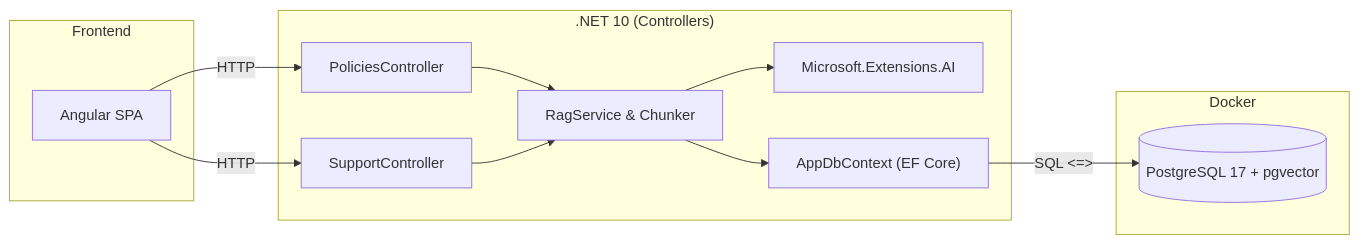
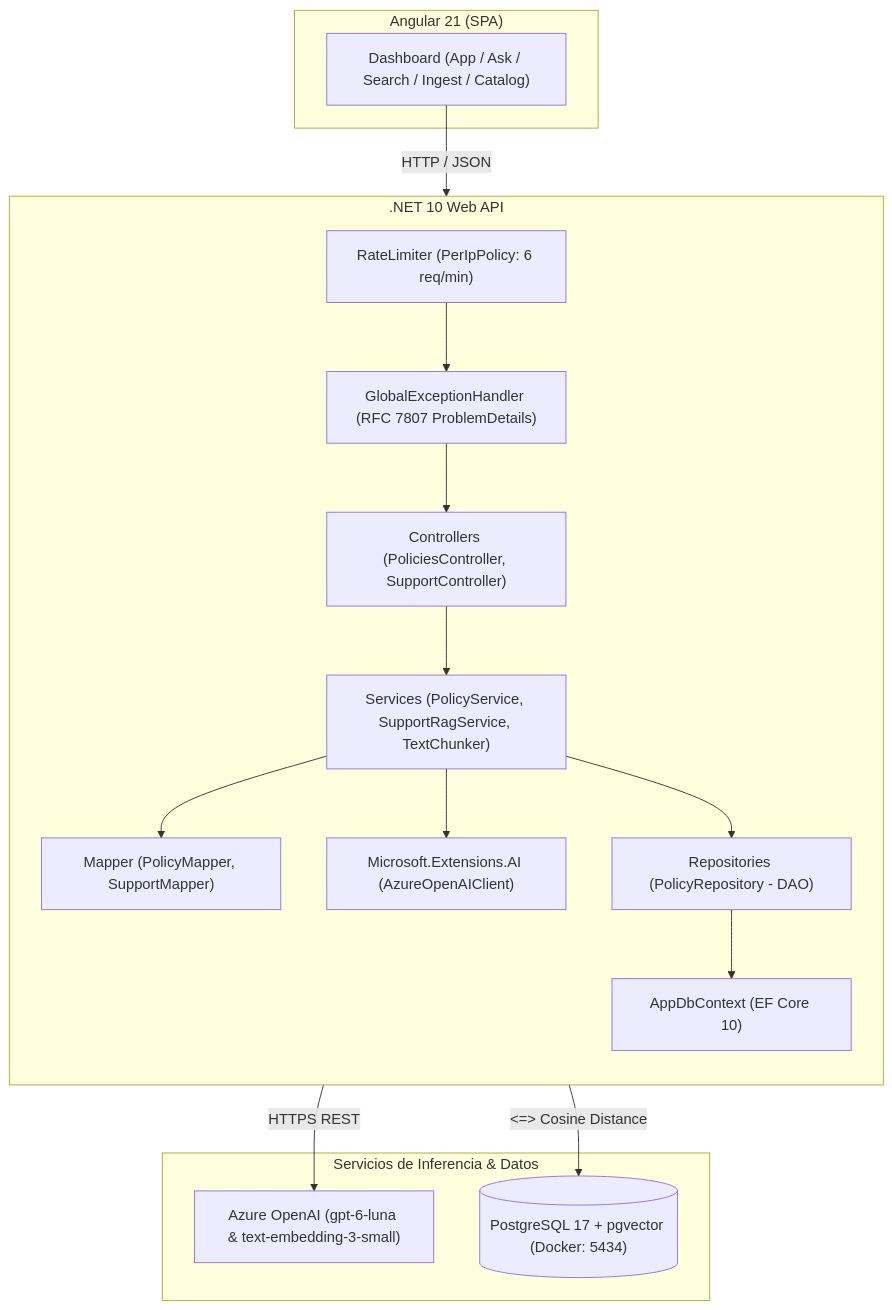
Before and after one commit to asbel05/smart-support-rag: the diagram in docs/SDD.md, drawn with Mermaid. The commit also changed other lines of this file, not shown here.

Commit message:
docs: update SDD with final architecture, resiliency patterns, and Angular 21 components

````diff
--- a/docs/SDD.md
+++ b/docs/SDD.md
@@ -42,26 +42,34 @@
 ```mermaid
-flowchart LR
-    subgraph Frontend
-        NG["Angular SPA"]
+flowchart TD
+    subgraph Frontend ["Angular 21 (SPA)"]
+        UI["Dashboard (App / Ask / Search / Ingest / Catalog)"]
     end
 
-    subgraph Backend [".NET 10 (Controllers)"]
-        PC["PoliciesController"]
-        SC["SupportController"]
-        SVC["RagService & Chunker"]
-        AI["Microsoft.Extensions.AI"]
-        DB["AppDbContext (EF Core)"]
+    subgraph Backend [".NET 10 Web API"]
+        direction TB
+        RL["RateLimiter (PerIpPolicy: 6 req/min)"]
+        EX["GlobalExceptionHandler (RFC 7807 ProblemDetails)"]
+        CTRL["Controllers (PoliciesController, SupportController)"]
+        SVC["Services (PolicyService, SupportRagService, TextChunker)"]
+        MAP["Mapper (PolicyMapper, SupportMapper)"]
+        REPO["Repositories (PolicyRepository - DAO)"]
+        AI["Microsoft.Extensions.AI (AzureOpenAIClient)"]
+        DB["AppDbContext (EF Core 10)"]
     end
 
-    subgraph Data ["Docker"]
-        PG[("PostgreSQL 17 + pgvector")]
+    subgraph External ["Servicios de Inferencia & Datos"]
+        AOAI["Azure OpenAI (gpt-6-luna & text-embedding-3-small)"]
+        PG[("PostgreSQL 17 + pgvector (Docker: 5434)")]
     end
 
-    NG -->|HTTP| PC
-    NG -->|HTTP| SC
-    PC --> SVC
-    SC --> SVC
+    UI -->|HTTP / JSON| RL
+    RL --> EX
+    EX --> CTRL
+    CTRL --> SVC
+    SVC --> MAP
     SVC --> AI
-    SVC --> DB
-    DB -->|SQL <=>| PG
+    SVC --> REPO
+    REPO --> DB
+    AI -->|HTTPS REST| AOAI
+    DB -->|<=> Cosine Distance| PG
 ```
````
